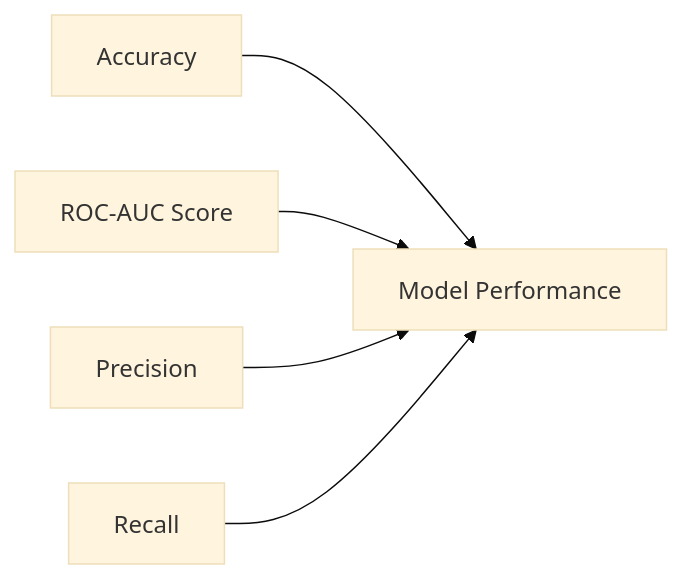
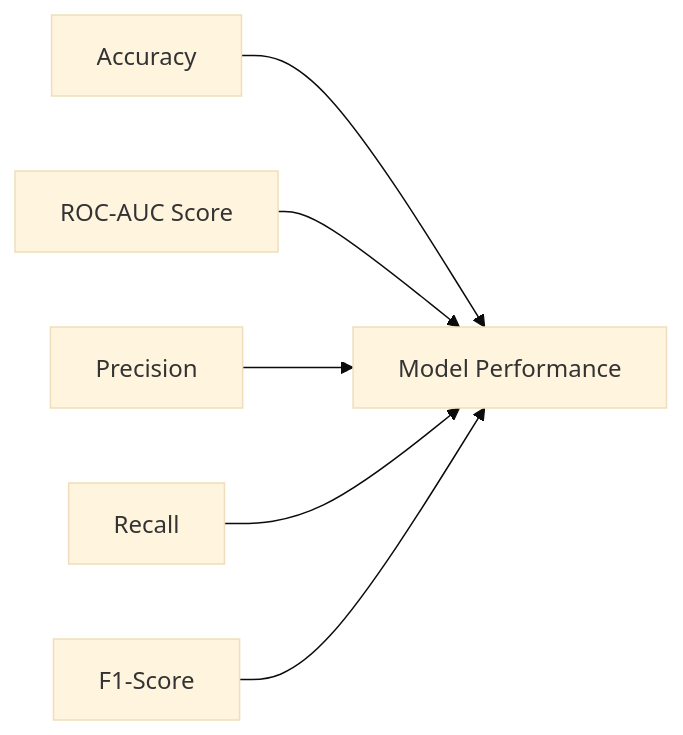
One commit to MedYassineWerdani/Predicting-Student-Depression changed the fourth of 5 diagrams in README.md. Above: the diagram before and after it, drawn with Mermaid (base theme). The commit also changed other lines of this file, not shown here.

````diff
--- a/README.md
+++ b/README.md
@@ -164,7 +157,8 @@
 ```mermaid
 graph LR
     A[Accuracy] --> E[Model Performance]
     B[ROC-AUC Score] --> E
     C[Precision] --> E
     D[Recall] --> E
+    F[F1-Score] --> E
 ```
````
